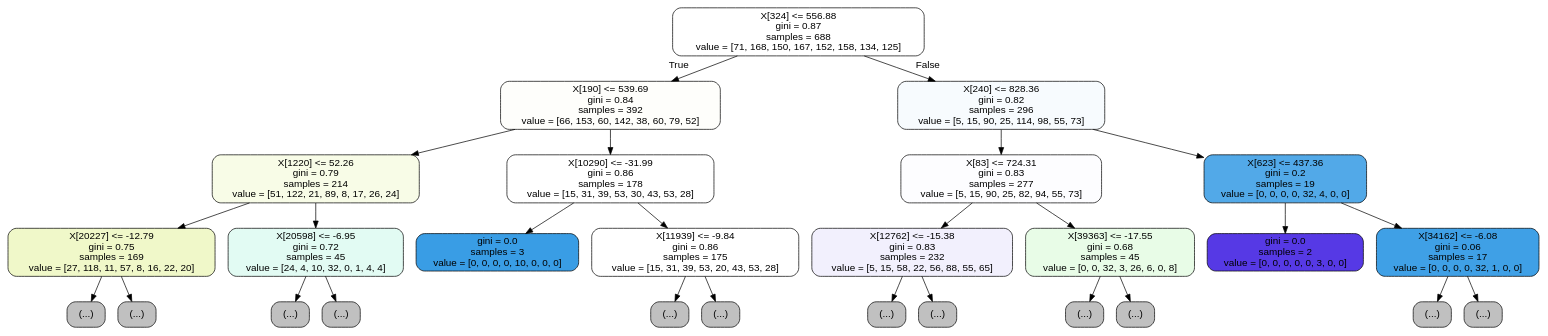
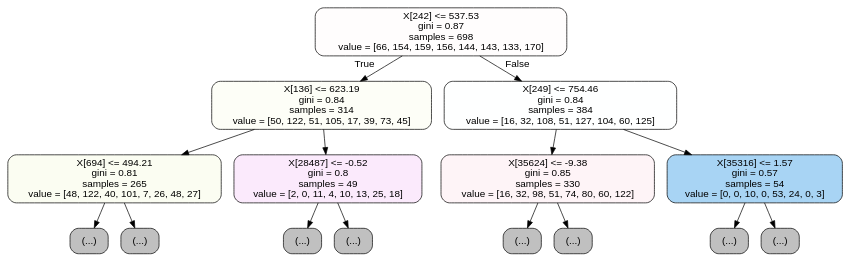
One commit to EthanDP/301-ml-project changed the diagram in src/tree.dot. Above: the diagram before and after it, drawn with Graphviz. The commit also changed 3 other files, not shown here.

```diff
--- a/src/tree.dot
+++ b/src/tree.dot
@@ -1,57 +1,33 @@
 digraph Tree {
 node [shape=box, style="filled, rounded", color="black", fontname="helvetica"] ;
 edge [fontname="helvetica"] ;
-0 [label="X[324] <= 556.88\ngini = 0.87\nsamples = 688\nvalue = [71, 168, 150, 167, 152, 158, 134, 125]", fillcolor="#ffffff"] ;
-1 [label="X[190] <= 539.69\ngini = 0.84\nsamples = 392\nvalue = [66, 153, 60, 142, 38, 60, 79, 52]", fillcolor="#fefefb"] ;
+0 [label="X[242] <= 537.53\ngini = 0.87\nsamples = 698\nvalue = [66, 154, 159, 156, 144, 143, 133, 170]", fillcolor="#fffdfd"] ;
+1 [label="X[136] <= 623.19\ngini = 0.84\nsamples = 314\nvalue = [50, 122, 51, 105, 17, 39, 73, 45]", fillcolor="#fdfef7"] ;
 0 -> 1 [labeldistance=2.5, labelangle=45, headlabel="True"] ;
-2 [label="X[1220] <= 52.26\ngini = 0.79\nsamples = 214\nvalue = [51, 122, 21, 89, 8, 17, 26, 24]", fillcolor="#f8fce7"] ;
+2 [label="X[694] <= 494.21\ngini = 0.81\nsamples = 265\nvalue = [48, 122, 40, 101, 7, 26, 48, 27]", fillcolor="#fbfdf2"] ;
 1 -> 2 ;
-3 [label="X[20227] <= -12.79\ngini = 0.75\nsamples = 169\nvalue = [27, 118, 11, 57, 8, 16, 22, 20]", fillcolor="#f0f8c9"] ;
+3 [label="(...)", fillcolor="#C0C0C0"] ;
 2 -> 3 ;
-4 [label="(...)", fillcolor="#C0C0C0"] ;
-3 -> 4 ;
-13 [label="(...)", fillcolor="#C0C0C0"] ;
-3 -> 13 ;
-96 [label="X[20598] <= -6.95\ngini = 0.72\nsamples = 45\nvalue = [24, 4, 10, 32, 0, 1, 4, 4]", fillcolor="#e2fbf3"] ;
-2 -> 96 ;
-97 [label="(...)", fillcolor="#C0C0C0"] ;
-96 -> 97 ;
-112 [label="(...)", fillcolor="#C0C0C0"] ;
-96 -> 112 ;
-123 [label="X[10290] <= -31.99\ngini = 0.86\nsamples = 178\nvalue = [15, 31, 39, 53, 30, 43, 53, 28]", fillcolor="#ffffff"] ;
-1 -> 123 ;
-124 [label="gini = 0.0\nsamples = 3\nvalue = [0, 0, 0, 0, 10, 0, 0, 0]", fillcolor="#399de5"] ;
-123 -> 124 ;
-125 [label="X[11939] <= -9.84\ngini = 0.86\nsamples = 175\nvalue = [15, 31, 39, 53, 20, 43, 53, 28]", fillcolor="#ffffff"] ;
-123 -> 125 ;
-126 [label="(...)", fillcolor="#C0C0C0"] ;
-125 -> 126 ;
-167 [label="(...)", fillcolor="#C0C0C0"] ;
-125 -> 167 ;
-254 [label="X[240] <= 828.36\ngini = 0.82\nsamples = 296\nvalue = [5, 15, 90, 25, 114, 98, 55, 73]", fillcolor="#f7fbfe"] ;
-0 -> 254 [labeldistance=2.5, labelangle=-45, headlabel="False"] ;
-255 [label="X[83] <= 724.31\ngini = 0.83\nsamples = 277\nvalue = [5, 15, 90, 25, 82, 94, 55, 73]", fillcolor="#fdfdff"] ;
-254 -> 255 ;
-256 [label="X[12762] <= -15.38\ngini = 0.83\nsamples = 232\nvalue = [5, 15, 58, 22, 56, 88, 55, 65]", fillcolor="#f2f0fd"] ;
-255 -> 256 ;
-257 [label="(...)", fillcolor="#C0C0C0"] ;
-256 -> 257 ;
-268 [label="(...)", fillcolor="#C0C0C0"] ;
-256 -> 268 ;
-409 [label="X[39363] <= -17.55\ngini = 0.68\nsamples = 45\nvalue = [0, 0, 32, 3, 26, 6, 0, 8]", fillcolor="#e8fce7"] ;
-255 -> 409 ;
-410 [label="(...)", fillcolor="#C0C0C0"] ;
-409 -> 410 ;
-417 [label="(...)", fillcolor="#C0C0C0"] ;
-409 -> 417 ;
-428 [label="X[623] <= 437.36\ngini = 0.2\nsamples = 19\nvalue = [0, 0, 0, 0, 32, 4, 0, 0]", fillcolor="#52a9e8"] ;
-254 -> 428 ;
-429 [label="gini = 0.0\nsamples = 2\nvalue = [0, 0, 0, 0, 0, 3, 0, 0]", fillcolor="#5639e5"] ;
-428 -> 429 ;
-430 [label="X[34162] <= -6.08\ngini = 0.06\nsamples = 17\nvalue = [0, 0, 0, 0, 32, 1, 0, 0]", fillcolor="#3fa0e6"] ;
-428 -> 430 ;
-431 [label="(...)", fillcolor="#C0C0C0"] ;
-430 -> 431 ;
-432 [label="(...)", fillcolor="#C0C0C0"] ;
-430 -> 432 ;
+102 [label="(...)", fillcolor="#C0C0C0"] ;
+2 -> 102 ;
+173 [label="X[28487] <= -0.52\ngini = 0.8\nsamples = 49\nvalue = [2, 0, 11, 4, 10, 13, 25, 18]", fillcolor="#fbeafc"] ;
+1 -> 173 ;
+174 [label="(...)", fillcolor="#C0C0C0"] ;
+173 -> 174 ;
+201 [label="(...)", fillcolor="#C0C0C0"] ;
+173 -> 201 ;
+210 [label="X[249] <= 754.46\ngini = 0.84\nsamples = 384\nvalue = [16, 32, 108, 51, 127, 104, 60, 125]", fillcolor="#feffff"] ;
+0 -> 210 [labeldistance=2.5, labelangle=-45, headlabel="False"] ;
+211 [label="X[35624] <= -9.38\ngini = 0.85\nsamples = 330\nvalue = [16, 32, 98, 51, 74, 80, 60, 122]", fillcolor="#fef4f7"] ;
+210 -> 211 ;
+212 [label="(...)", fillcolor="#C0C0C0"] ;
+211 -> 212 ;
+271 [label="(...)", fillcolor="#C0C0C0"] ;
+211 -> 271 ;
+426 [label="X[35316] <= 1.57\ngini = 0.57\nsamples = 54\nvalue = [0, 0, 10, 0, 53, 24, 0, 3]", fillcolor="#a8d4f4"] ;
+210 -> 426 ;
+427 [label="(...)", fillcolor="#C0C0C0"] ;
+426 -> 427 ;
+442 [label="(...)", fillcolor="#C0C0C0"] ;
+426 -> 442 ;
 }
```
